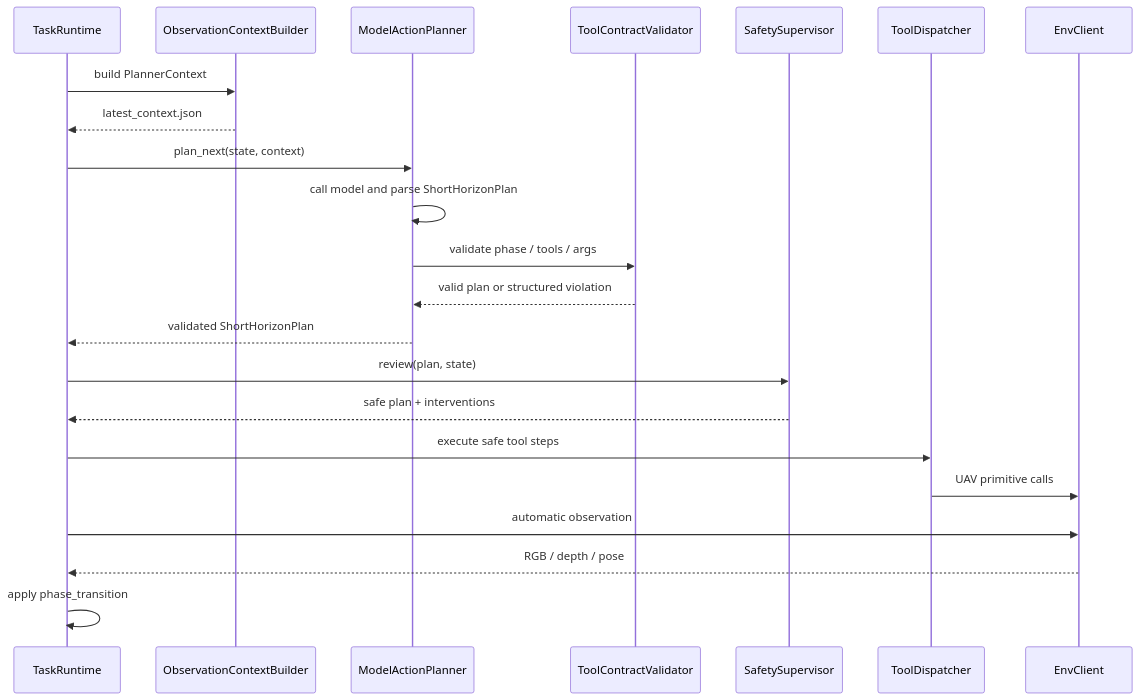
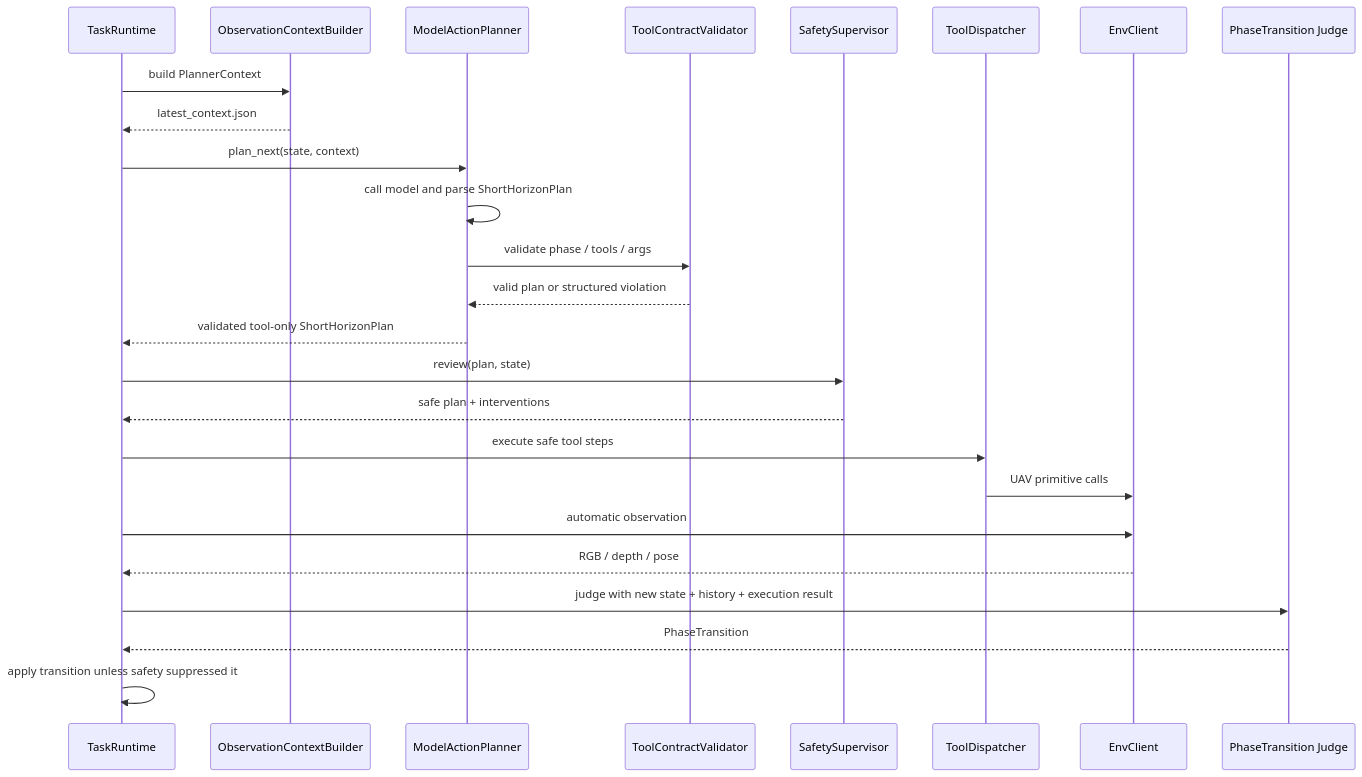
One commit to LZ6years/AeroPilot changed the second of 3 diagrams in docs/architecture.md. Above: the diagram before and after it, drawn with Mermaid. The commit also changed other lines of this file and 32 other files, not shown here.

````diff
--- a/docs/architecture.md
+++ b/docs/architecture.md
@@ -107,25 +97,28 @@
 ```mermaid
 sequenceDiagram
     participant RT as TaskRuntime
     participant CB as ObservationContextBuilder
     participant MAP as ModelActionPlanner
     participant TCV as ToolContractValidator
     participant SS as SafetySupervisor
     participant TD as ToolDispatcher
     participant ENV as EnvClient
+    participant J as PhaseTransition Judge
 
     RT->>CB: build PlannerContext
     CB-->>RT: latest_context.json
     RT->>MAP: plan_next(state, context)
     MAP->>MAP: call model and parse ShortHorizonPlan
     MAP->>TCV: validate phase / tools / args
     TCV-->>MAP: valid plan or structured violation
-    MAP-->>RT: validated ShortHorizonPlan
+    MAP-->>RT: validated tool-only ShortHorizonPlan
     RT->>SS: review(plan, state)
     SS-->>RT: safe plan + interventions
     RT->>TD: execute safe tool steps
     TD->>ENV: UAV primitive calls
     RT->>ENV: automatic observation
     ENV-->>RT: RGB / depth / pose
-    RT->>RT: apply phase_transition
+    RT->>J: judge with new state + history + execution result
+    J-->>RT: PhaseTransition
+    RT->>RT: apply transition unless safety suppressed it
 ```
````
